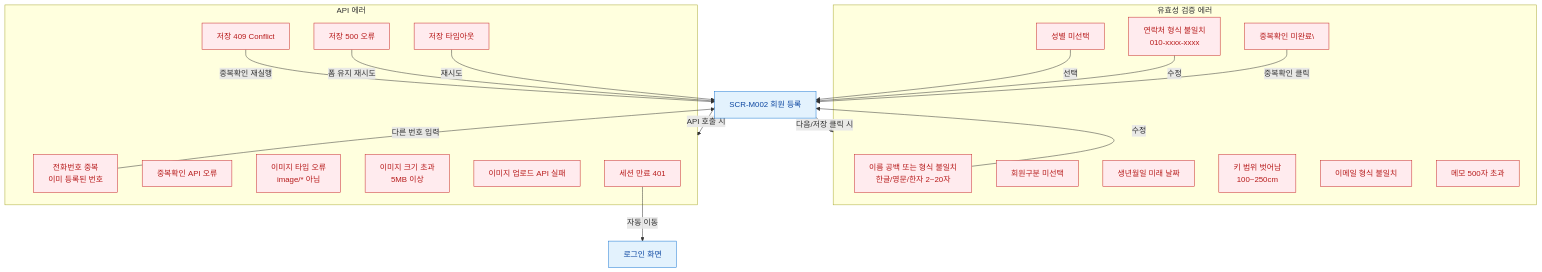
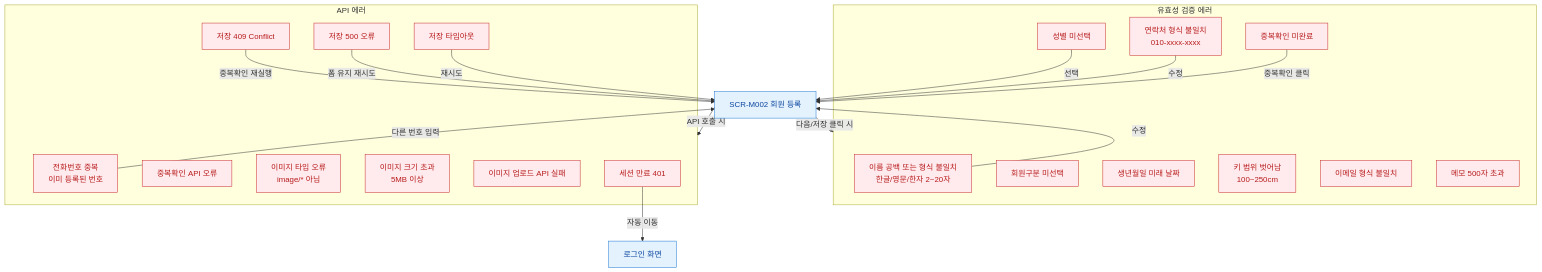
One commit to dev-spogym/admin-pando changed the diagram in docs/admin/다이어그램/D02_회원관리/SCR-M002_회원등록/F8_에러.md. Above: the diagram before and after it, drawn with Mermaid. The commit also changed 369 other files, not shown here.

````diff
--- a/docs/admin/다이어그램/D02_회원관리/SCR-M002_회원등록/F8_에러.md
+++ b/docs/admin/다이어그램/D02_회원관리/SCR-M002_회원등록/F8_에러.md
@@ -20,57 +20,57 @@
 ```mermaid
 flowchart TD
   SCR_M002[SCR-M002 회원 등록]
 
   subgraph VALIDATION_ERRORS [유효성 검증 에러]
     ERR_NAME[이름 공백 또는 형식 불일치\n한글/영문/한자 2~20자]
     ERR_GENDER[성별 미선택]
     ERR_PHONE[연락처 형식 불일치\n010-xxxx-xxxx]
     ERR_MEMTYPE[회원구분 미선택]
     ERR_BIRTH[생년월일 미래 날짜]
     ERR_HEIGHT[키 범위 벗어남\n100~250cm]
     ERR_EMAIL[이메일 형식 불일치]
     ERR_MEMO[메모 500자 초과]
-    ERR_DUP_CHECK[중복확인 미완료\]
+    ERR_DUP_CHECK[중복확인 미완료]
   end
 
   subgraph API_ERRORS [API 에러]
     ERR_DUP_PHONE[전화번호 중복\n이미 등록된 번호]
     ERR_DUP_API[중복확인 API 오류]
     ERR_SAVE_409[저장 409 Conflict]
     ERR_SAVE_500[저장 500 오류]
     ERR_SAVE_TIMEOUT[저장 타임아웃]
     ERR_IMG_TYPE[이미지 타입 오류\nimage/* 아님]
     ERR_IMG_SIZE[이미지 크기 초과\n5MB 이상]
     ERR_IMG_API[이미지 업로드 API 실패]
     ERR_401[세션 만료 401]
   end
 
   SCR_M002 -->|다음/저장 클릭 시|VALIDATION_ERRORS
   SCR_M002 -->|API 호출 시|API_ERRORS
 
   ERR_NAME -->|수정|SCR_M002
   ERR_GENDER -->|선택|SCR_M002
   ERR_PHONE -->|수정|SCR_M002
   ERR_DUP_CHECK -->|중복확인 클릭|SCR_M002
 
   ERR_DUP_PHONE -->|다른 번호 입력|SCR_M002
   ERR_SAVE_409 -->|중복확인 재실행|SCR_M002
   ERR_SAVE_500 -->|폼 유지 재시도|SCR_M002
   ERR_SAVE_TIMEOUT -->|재시도|SCR_M002
   ERR_401 -->|자동 이동|LOGIN[로그인 화면]
 
   classDef screen fill:#E3F2FD,stroke:#1976D2,color:#0D47A1
   classDef modal fill:#FFF3E0,stroke:#F57C00,color:#E65100
   classDef newFeature fill:#F3E5F5,stroke:#9C27B0,stroke-dasharray:5 5
   classDef error fill:#FFEBEE,stroke:#C62828,color:#B71C1C
   classDef success fill:#E8F5E9,stroke:#2E7D32,color:#1B5E20
   classDef warning fill:#FFF8E1,stroke:#F9A825,color:#F57F17
   classDef info fill:#E0F7FA,stroke:#00838F
   classDef system fill:#EDE7F6,stroke:#5E35B2
   classDef external fill:#ECEFF1,stroke:#455A64,stroke-dasharray:3 3
   classDef cron fill:#E0F2F1,stroke:#00695C
   classDef rbacBlocked fill:#F5F5F5,stroke:#9E9E9E,color:#616161
 
   class SCR_M002,LOGIN screen
   class ERR_NAME,ERR_GENDER,ERR_PHONE,ERR_MEMTYPE,ERR_BIRTH,ERR_HEIGHT,ERR_EMAIL,ERR_MEMO,ERR_DUP_CHECK,ERR_DUP_PHONE,ERR_DUP_API,ERR_SAVE_409,ERR_SAVE_500,ERR_SAVE_TIMEOUT,ERR_IMG_TYPE,ERR_IMG_SIZE,ERR_IMG_API,ERR_401 error
 ```
````
